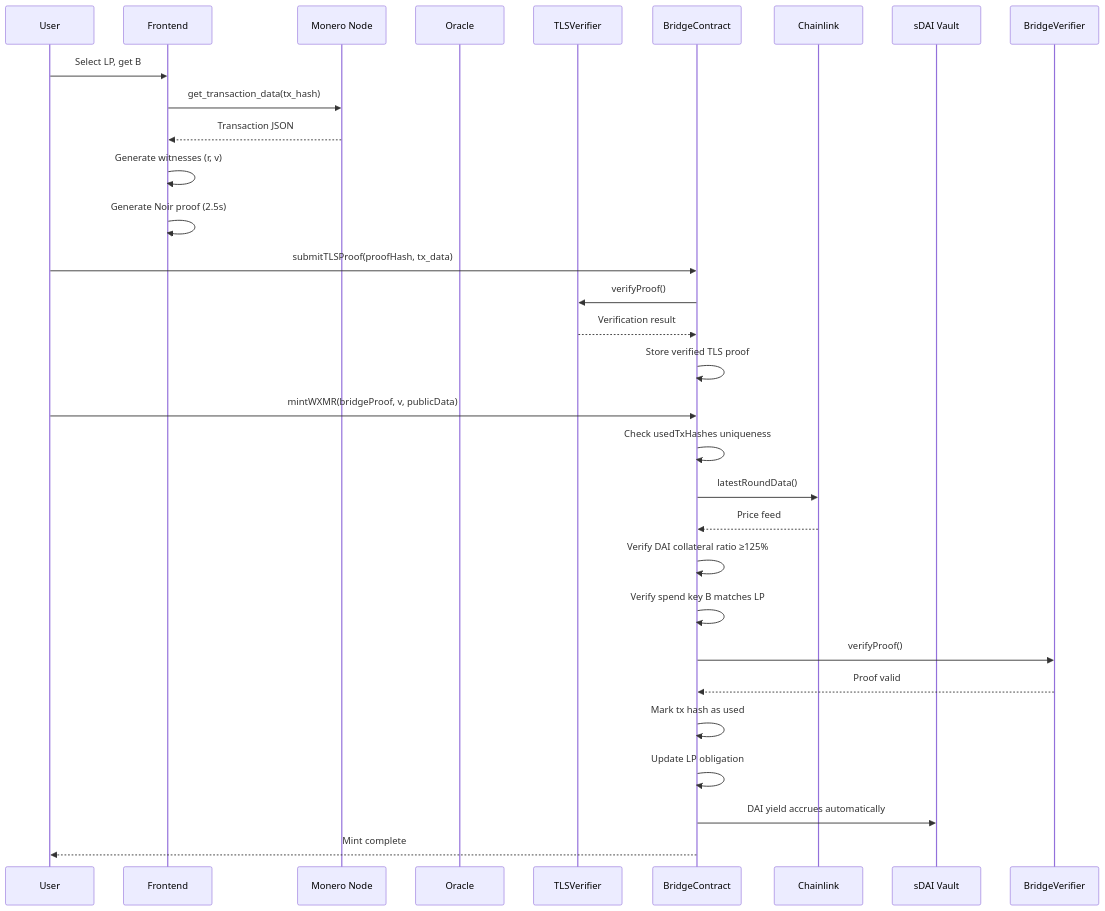
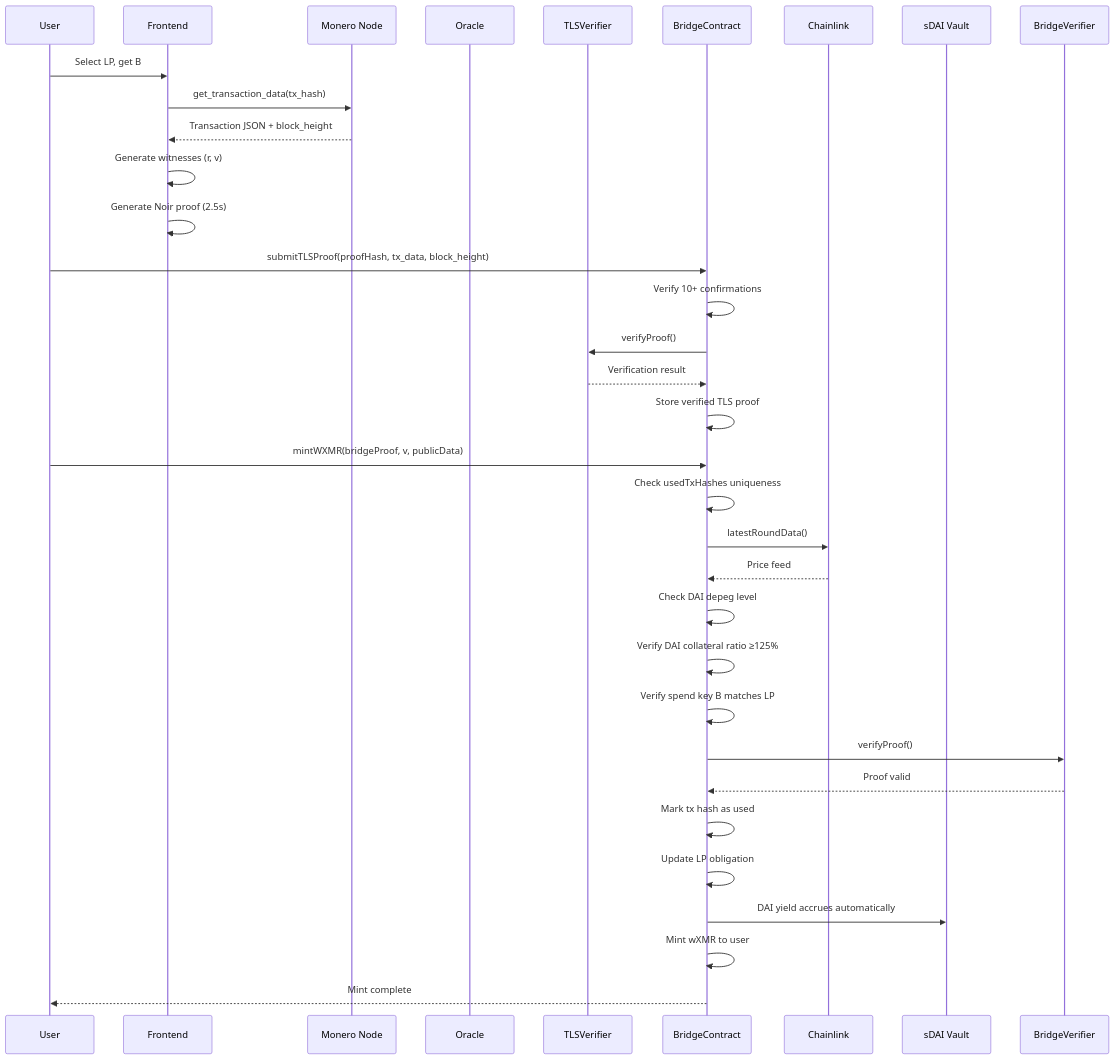
The first of 2 diagrams in SYNTHWRAP.md (madschristensen99/fungerbil), drawn with Mermaid before and after one commit. The commit also changed other lines of this file, not shown here.

First line of the commit message:
Revise bridge specification to v5.0 with updates

````diff
--- a/SYNTHWRAP.md
+++ b/SYNTHWRAP.md
@@ -742,35 +910,38 @@
 ```mermaid
 sequenceDiagram
     participant User
     participant Frontend
     participant Monero Node
     participant Oracle
     participant TLSVerifier
     participant BridgeContract
     participant Chainlink
     participant sDAI Vault
 
     User->>Frontend: Select LP, get B
     Frontend->>Monero Node: get_transaction_data(tx_hash)
-    Monero Node-->>Frontend: Transaction JSON
+    Monero Node-->>Frontend: Transaction JSON + block_height
     Frontend->>Frontend: Generate witnesses (r, v)
     Frontend->>Frontend: Generate Noir proof (2.5s)
     
-    User->>BridgeContract: submitTLSProof(proofHash, tx_data)
+    User->>BridgeContract: submitTLSProof(proofHash, tx_data, block_height)
+    BridgeContract->>BridgeContract: Verify 10+ confirmations
     BridgeContract->>TLSVerifier: verifyProof()
     TLSVerifier-->>BridgeContract: Verification result
     BridgeContract->>BridgeContract: Store verified TLS proof
     
     User->>BridgeContract: mintWXMR(bridgeProof, v, publicData)
     BridgeContract->>BridgeContract: Check usedTxHashes uniqueness
     BridgeContract->>Chainlink: latestRoundData()
     Chainlink-->>BridgeContract: Price feed
+    BridgeContract->>BridgeContract: Check DAI depeg level
     BridgeContract->>BridgeContract: Verify DAI collateral ratio ≥125%
     BridgeContract->>BridgeContract: Verify spend key B matches LP
     BridgeContract->>BridgeVerifier: verifyProof()
     BridgeVerifier-->>BridgeContract: Proof valid
     BridgeContract->>BridgeContract: Mark tx hash as used
     BridgeContract->>BridgeContract: Update LP obligation
     BridgeContract->>sDAI Vault: DAI yield accrues automatically
+    BridgeContract->>BridgeContract: Mint wXMR to user
     BridgeContract-->>User: Mint complete
 ```
````
